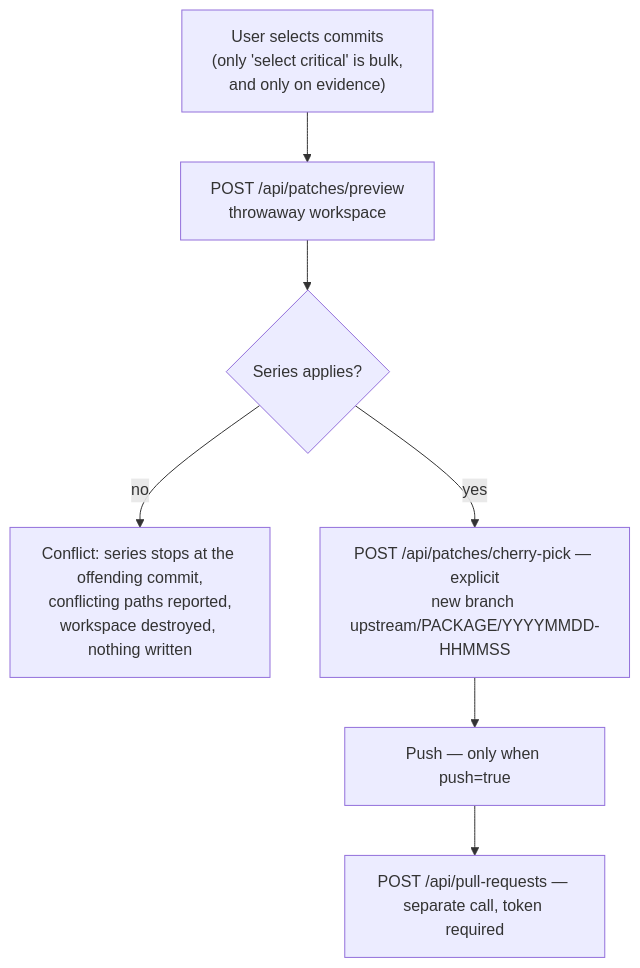
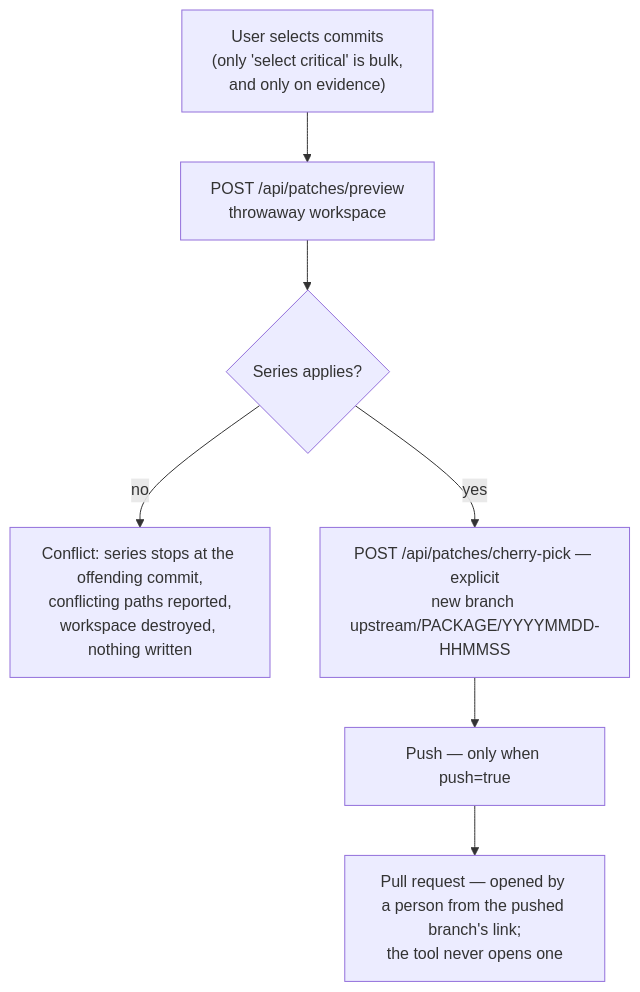
The sixth of 7 diagrams in docs/internship-design-and-milestones.md (somil-rathore-arrcus/arcos-package-manager), drawn with Mermaid before and after one commit. The commit also changed other lines of this file and 19 other files, not shown here.

````diff
--- a/docs/internship-design-and-milestones.md
+++ b/docs/internship-design-and-milestones.md
@@ -478,14 +479,14 @@
 ```mermaid
 flowchart TD
     S["User selects commits<br/>(only 'select critical' is bulk,<br/>and only on evidence)"]
     P["POST /api/patches/preview<br/>throwaway workspace"]
     C{"Series applies?"}
     X["Conflict: series stops at the offending commit,<br/>conflicting paths reported,<br/>workspace destroyed, nothing written"]
     K["POST /api/patches/cherry-pick — explicit<br/>new branch upstream/PACKAGE/YYYYMMDD-HHMMSS"]
     U["Push — only when push=true"]
-    R["POST /api/pull-requests — separate call, token required"]
+    R["Pull request — opened by a person from the pushed branch's link;<br/>the tool never opens one"]
 
     S --> P --> C
     C -->|no| X
     C -->|yes| K --> U --> R
 ```
````
